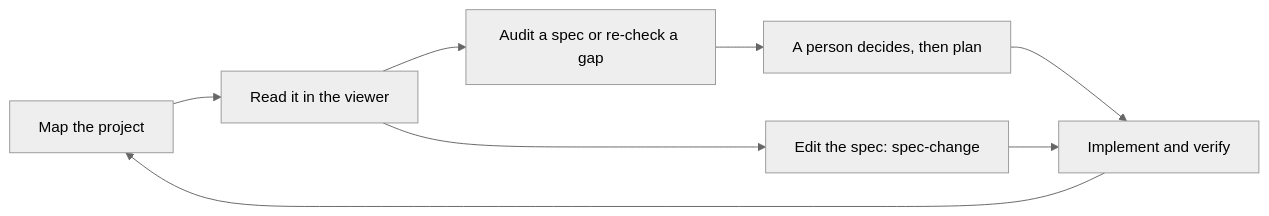
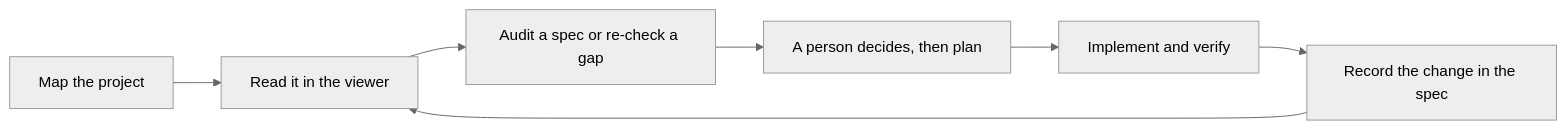
One commit to WorldStoryCm/project-spec-skills changed the diagram in docs/workflows.md. Above: the diagram before and after it, drawn with Mermaid (neutral theme). The commit also changed other lines of this file and 43 other files, not shown here.

````diff
--- a/docs/workflows.md
+++ b/docs/workflows.md
@@ -5,10 +5,9 @@
 ```mermaid
 flowchart LR
   A[Map the project] --> B[Read it in the viewer]
   B --> C[Audit a spec or re-check a gap]
   C --> D[A person decides, then plan]
-  B --> E[Edit the spec: spec-change]
   D --> F[Implement and verify]
-  E --> F
-  F --> A
+  F --> G[Record the change in the spec]
+  G --> B
 ```
````
